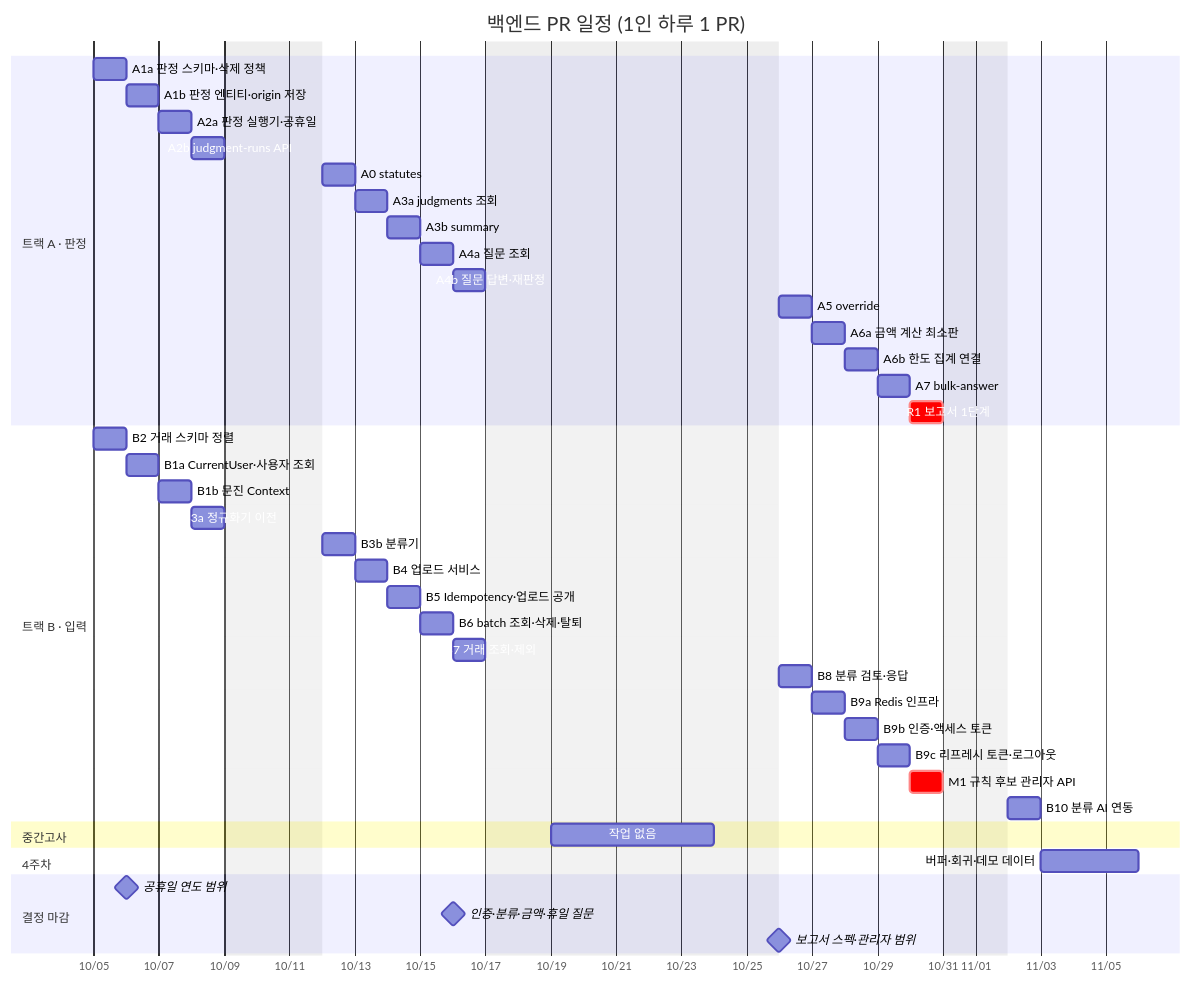
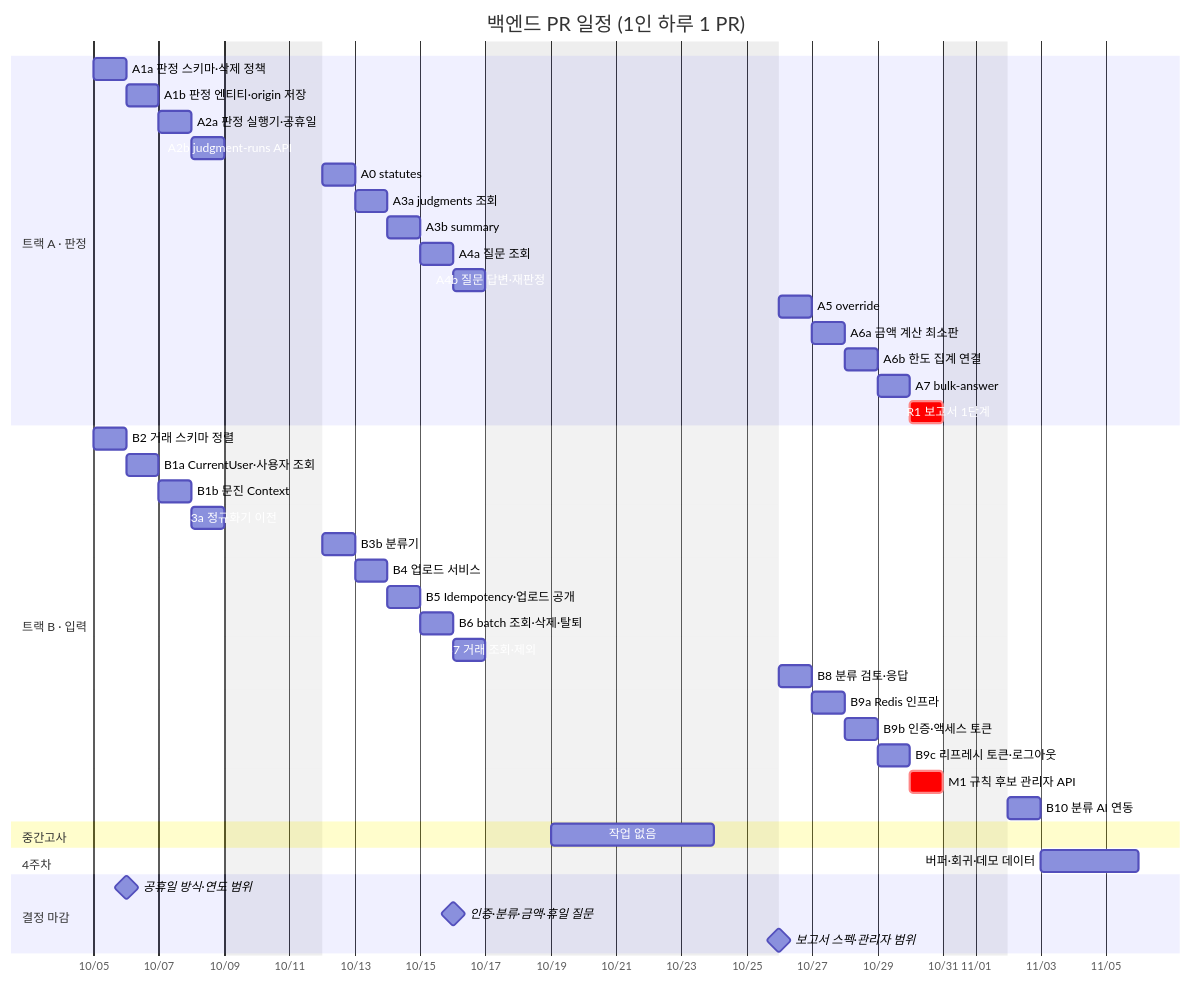
Before and after one commit to RainDrop3/ktc4-pusan-4: the first of 4 diagrams in docs/backend_api_plan.md, drawn with Mermaid. The commit also changed other lines of this file, not shown here.

Commit message:
docs: 분류 API 위치·담당과 공휴일 목록 방식을 결정 항목으로 돌린다

````diff
--- a/docs/backend_api_plan.md
+++ b/docs/backend_api_plan.md
@@ -24,51 +24,51 @@
 ```mermaid
 gantt
     title 백엔드 PR 일정 (1인 하루 1 PR)
     dateFormat YYYY-MM-DD
     axisFormat %m/%d
     excludes weekends, 2026-10-09, 2026-10-19, 2026-10-20, 2026-10-21, 2026-10-22, 2026-10-23
 
     section 트랙 A · 판정
     A1a 판정 스키마·삭제 정책    :a1a, 2026-10-05, 1d
     A1b 판정 엔티티·origin 저장  :a1b, after a1a, 1d
     A2a 판정 실행기·공휴일       :a2a, after a1b, 1d
     A2b judgment-runs API        :a2b, after a2a, 1d
     A0 statutes                  :a0, after a2b, 1d
     A3a judgments 조회           :a3a, after a0, 1d
     A3b summary                  :a3b, after a3a, 1d
     A4a 질문 조회                :a4a, after a3b, 1d
     A4b 질문 답변·재판정         :a4b, after a4a, 1d
     A5 override                  :a5, after a4b, 1d
     A6a 금액 계산 최소판         :a6a, after a5, 1d
     A6b 한도 집계 연결           :a6b, after a6a, 1d
     A7 bulk-answer               :a7, after a6b, 1d
     R1 보고서 1단계              :crit, r1, after a7, 1d
 
     section 트랙 B · 입력
     B2 거래 스키마 정렬          :b2, 2026-10-05, 1d
     B1a CurrentUser·사용자 조회  :b1a, after b2, 1d
     B1b 문진 Context             :b1b, after b1a, 1d
     B3a 정규화기 이전            :b3a, after b1b, 1d
     B3b 분류기                   :b3b, after b3a, 1d
     B4 업로드 서비스             :b4, after b3b, 1d
     B5 Idempotency·업로드 공개   :b5, after b4, 1d
     B6 batch 조회·삭제·탈퇴      :b6, after b5, 1d
     B7 거래 조회·제외            :b7, after b6, 1d
     B8 분류 검토·응답            :b8, after b7, 1d
     B9a Redis 인프라             :b9a, after b8, 1d
     B9b 인증·액세스 토큰         :b9b, after b9a, 1d
     B9c 리프레시 토큰·로그아웃   :b9c, after b9b, 1d
     M1 규칙 후보 관리자 API      :crit, m1, after b9c, 1d
     B10 분류 AI 연동             :b10, after m1, 1d
 
     section 중간고사
     작업 없음                    :exam, 2026-10-19, 2026-10-24
 
     section 4주차
     버퍼·회귀·데모 데이터        :buf, 2026-11-03, 3d
 
     section 결정 마감
-    공휴일 연도 범위             :milestone, d0, 2026-10-06, 0d
+    공휴일 방식·연도 범위        :milestone, d0, 2026-10-06, 0d
     인증·분류·금액·휴일 질문     :milestone, d1, 2026-10-16, 0d
     보고서 스펙·관리자 범위      :milestone, d2, 2026-10-26, 0d
 ```
````
